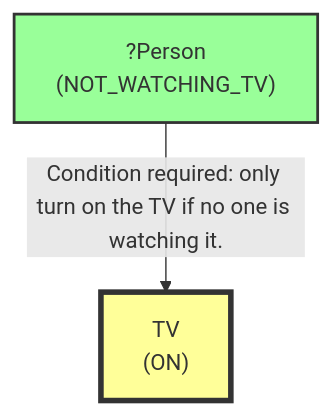
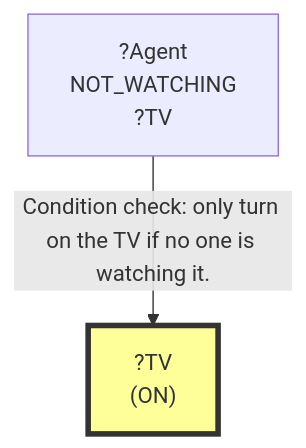
Before and after one commit to scuama/virtualhome: the first of 12 diagrams in evaluation/results/table2/robostate/non_stationarity/low/E_DYN_G02_S3_low/run_E_DYN_G02_S3_low.md, drawn with Mermaid. The commit also changed other lines of this file and 108 other files, not shown here.

````diff
--- a/evaluation/results/table2/robostate/non_stationarity/low/E_DYN_G02_S3_low/run_E_DYN_G02_S3_low.md
+++ b/evaluation/results/table2/robostate/non_stationarity/low/E_DYN_G02_S3_low/run_E_DYN_G02_S3_low.md
@@ -100,8 +100,7 @@
 ```mermaid
 graph TD
-    N1["TV<br>(ON)"]
+    N1["?TV<br>(ON)"]
     style N1 fill:#ff9,stroke:#333,stroke-width:4px
-    N2["?Person<br>(NOT_WATCHING_TV)"]
-    style N2 fill:#9f9,stroke:#333,stroke-width:2px
-    N2 -->|"Condition required: only turn on the TV if no one is watching it."| N1
+    N2["?Agent<br>NOT_WATCHING<br>?TV"]
+    N2 -->|"Condition check: only turn on the TV if no one is watching it."| N1
 ```
````
